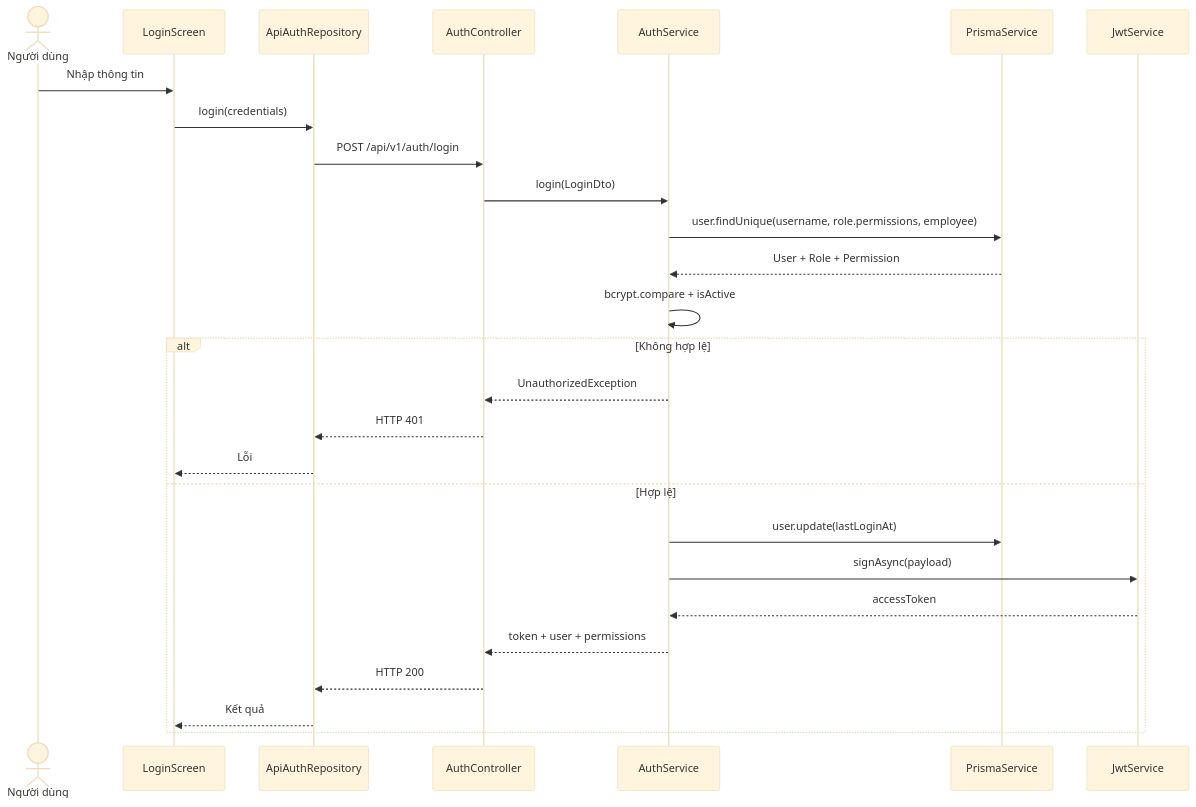
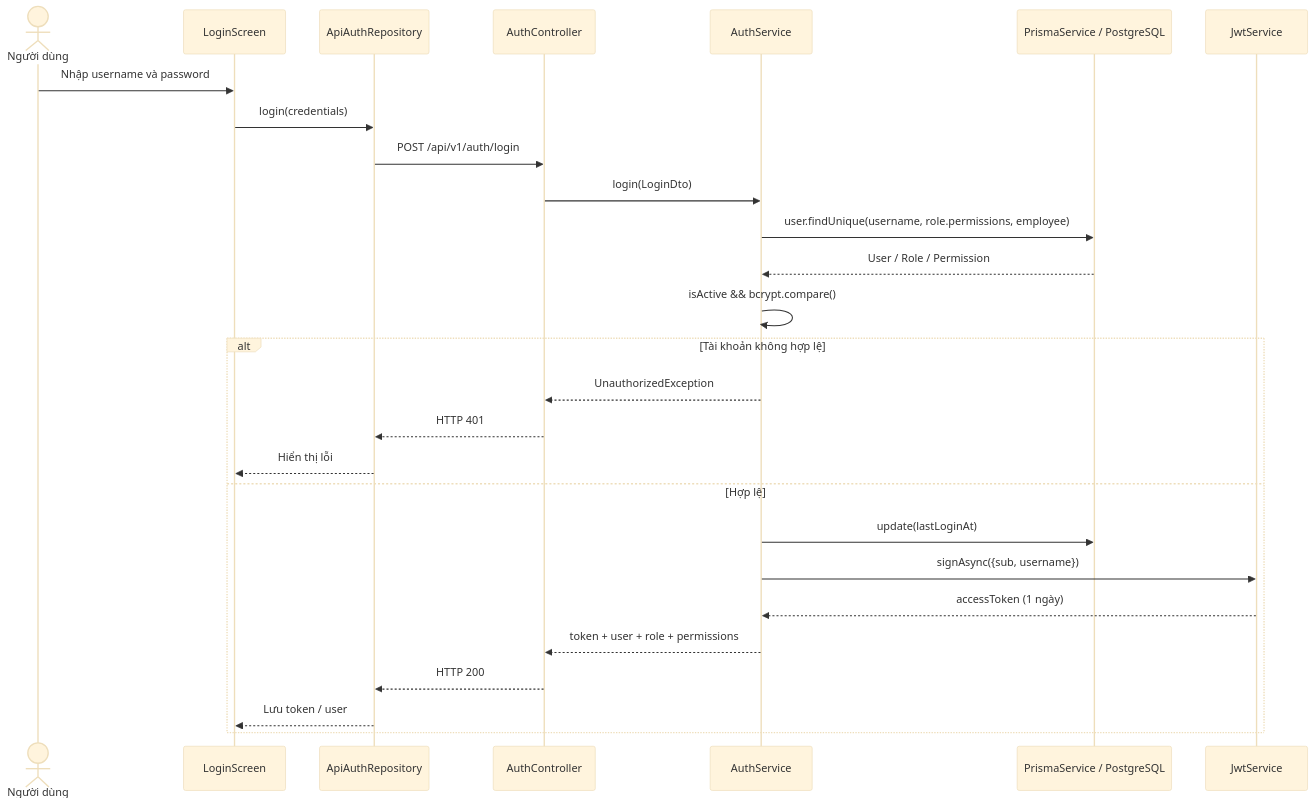
One commit to NTMHuy/ResMan changed the diagram in docs/analysis/diagrams/sequence-login.mmd. Above: the diagram before and after it, drawn with Mermaid (base theme). The commit also changed 13 other files, not shown here.

Commit message:
docs(analysis): add behavior, state and sequence design 3.5-3.8

```diff
--- a/docs/analysis/diagrams/sequence-login.mmd
+++ b/docs/analysis/diagrams/sequence-login.mmd
@@ -1,27 +1,27 @@
 sequenceDiagram
-  actor User as Người dùng
+  actor U as Người dùng
   participant UI as LoginScreen
-  participant Repo as ApiAuthRepository
-  participant Ctrl as AuthController
-  participant Svc as AuthService
-  participant DB as PrismaService
+  participant R as ApiAuthRepository
+  participant C as AuthController
+  participant S as AuthService
+  participant DB as PrismaService / PostgreSQL
   participant JWT as JwtService
-  User->>UI: Nhập thông tin
-  UI->>Repo: login(credentials)
-  Repo->>Ctrl: POST /api/v1/auth/login
-  Ctrl->>Svc: login(LoginDto)
-  Svc->>DB: user.findUnique(username, role.permissions, employee)
-  DB-->>Svc: User + Role + Permission
-  Svc->>Svc: bcrypt.compare + isActive
-  alt Không hợp lệ
-    Svc-->>Ctrl: UnauthorizedException
-    Ctrl-->>Repo: HTTP 401
-    Repo-->>UI: Lỗi
+  U->>UI: Nhập username và password
+  UI->>R: login(credentials)
+  R->>C: POST /api/v1/auth/login
+  C->>S: login(LoginDto)
+  S->>DB: user.findUnique(username, role.permissions, employee)
+  DB-->>S: User / Role / Permission
+  S->>S: isActive && bcrypt.compare()
+  alt Tài khoản không hợp lệ
+    S-->>C: UnauthorizedException
+    C-->>R: HTTP 401
+    R-->>UI: Hiển thị lỗi
   else Hợp lệ
-    Svc->>DB: user.update(lastLoginAt)
-    Svc->>JWT: signAsync(payload)
-    JWT-->>Svc: accessToken
-    Svc-->>Ctrl: token + user + permissions
-    Ctrl-->>Repo: HTTP 200
-    Repo-->>UI: Kết quả
+    S->>DB: update(lastLoginAt)
+    S->>JWT: signAsync({sub, username})
+    JWT-->>S: accessToken (1 ngày)
+    S-->>C: token + user + role + permissions
+    C-->>R: HTTP 200
+    R-->>UI: Lưu token / user
   end
```
